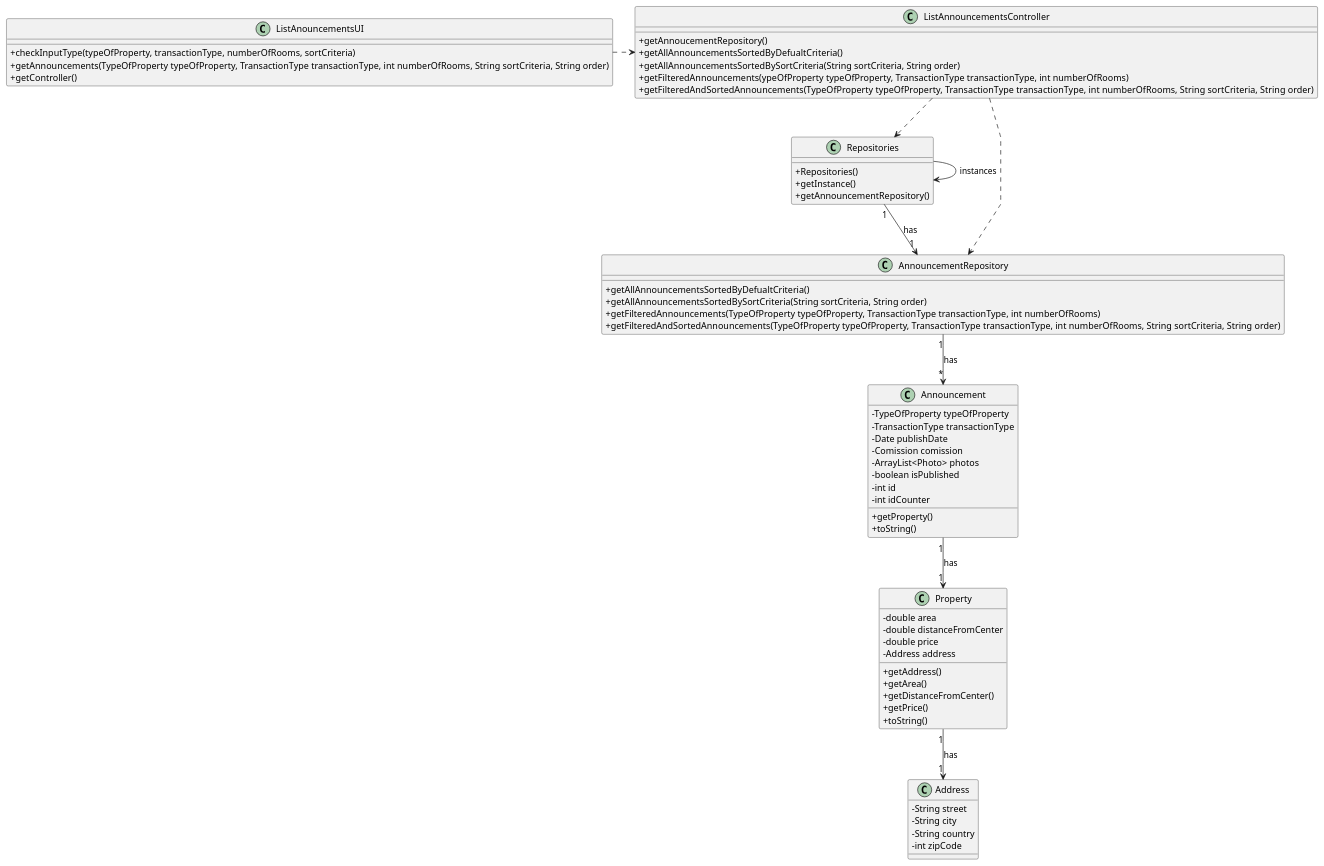
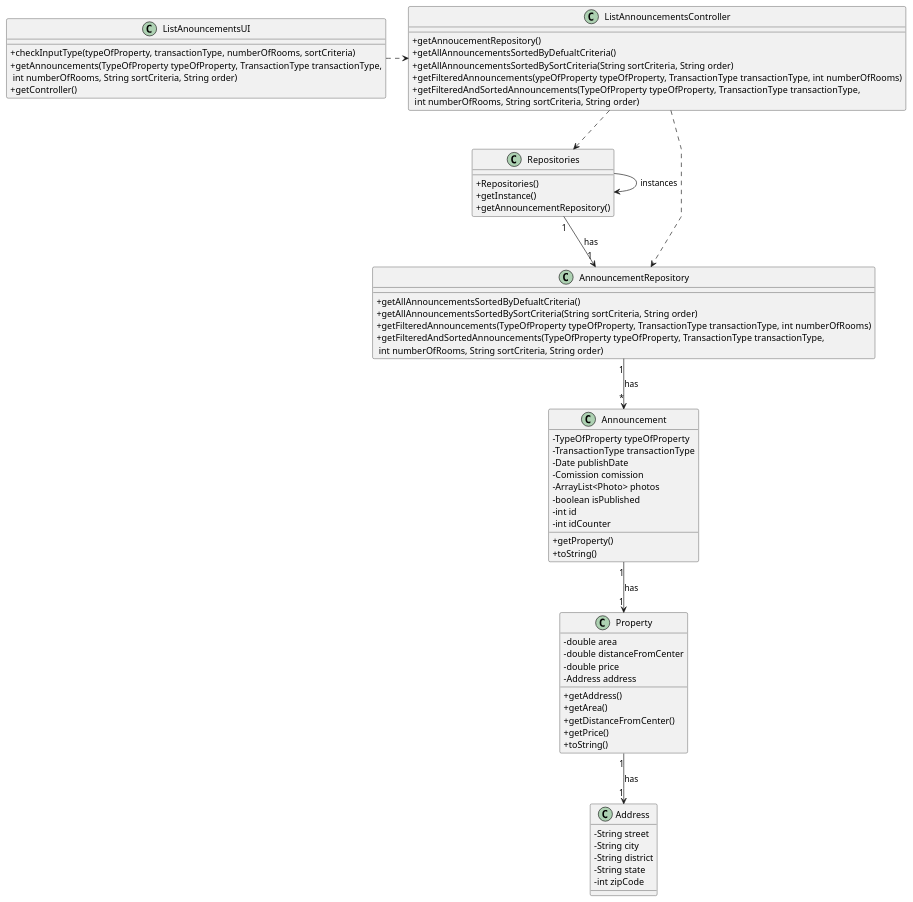
One commit to Goncalves2525/real-estate-management-system changed the diagram in docs/sprintB/us001/03.design/puml/us001-class-diagram.puml. Above: the diagram before and after it, drawn with PlantUML. The commit also changed 3 other files, not shown here.

```diff
--- a/docs/sprintB/us001/03.design/puml/us001-class-diagram.puml
+++ b/docs/sprintB/us001/03.design/puml/us001-class-diagram.puml
@@ -1,87 +1,88 @@
 @startuml
 'skinparam monochrome true
 skinparam packageStyle rectangle
 skinparam shadowing false
 skinparam linetype polyline
 'skinparam linetype orto
 
 skinparam classAttributeIconSize 0
 
 'left to right directio
 class Property{
     - double area
     - double distanceFromCenter
     - double price
     - Address address
     + getAddress()
     + getArea()
     + getDistanceFromCenter()
     + getPrice()
     + toString()
 }
 
 class Announcement {
     - TypeOfProperty typeOfProperty
     - TransactionType transactionType
     - Date publishDate
     - Comission comission
     - ArrayList<Photo> photos
     - boolean isPublished
     - int id
     - int idCounter
     + getProperty()
     + toString()
 }
 
 class AnnouncementRepository {
     +getAllAnnouncementsSortedByDefualtCriteria()
     +getAllAnnouncementsSortedBySortCriteria(String sortCriteria, String order)
     +getFilteredAnnouncements(TypeOfProperty typeOfProperty, TransactionType transactionType, int numberOfRooms)
-    +getFilteredAndSortedAnnouncements(TypeOfProperty typeOfProperty, TransactionType transactionType, int numberOfRooms, String sortCriteria, String order)
+    +getFilteredAndSortedAnnouncements(TypeOfProperty typeOfProperty, TransactionType transactionType,\n int numberOfRooms, String sortCriteria, String order)
 }
 
 class Repositories {
     +Repositories()
     +getInstance()
     +getAnnouncementRepository()
 }
 
 class ListAnnouncementsController {
     +getAnnoucementRepository()
     +getAllAnnouncementsSortedByDefualtCriteria()
     +getAllAnnouncementsSortedBySortCriteria(String sortCriteria, String order)
     +getFilteredAnnouncements(ypeOfProperty typeOfProperty, TransactionType transactionType, int numberOfRooms)
-    +getFilteredAndSortedAnnouncements(TypeOfProperty typeOfProperty, TransactionType transactionType, int numberOfRooms, String sortCriteria, String order)
+    +getFilteredAndSortedAnnouncements(TypeOfProperty typeOfProperty, TransactionType transactionType,\n int numberOfRooms, String sortCriteria, String order)
 }
 
 class ListAnouncementsUI {
 +checkInputType(typeOfProperty, transactionType, numberOfRooms, sortCriteria)
-+getAnnouncements(TypeOfProperty typeOfProperty, TransactionType transactionType, int numberOfRooms, String sortCriteria, String order)
++getAnnouncements(TypeOfProperty typeOfProperty, TransactionType transactionType,\n int numberOfRooms, String sortCriteria, String order)
 +getController()
 }
 
 class Address{
     - String street
     - String city
-    - String country
+    - String district
+    - String state
     - int zipCode
 }
 
 Repositories -> Repositories : instances
 
 ListAnouncementsUI .> ListAnnouncementsController
 
 ListAnnouncementsController ..> Repositories
 
 Repositories "1" --> "1" AnnouncementRepository : has
 
 ListAnnouncementsController ..> AnnouncementRepository
 
 AnnouncementRepository "1" --> "*" Announcement : has
 
 Announcement "1" --> "1" Property : has
 
 Property "1" --> "1" Address : has
 
 
 @enduml
```
